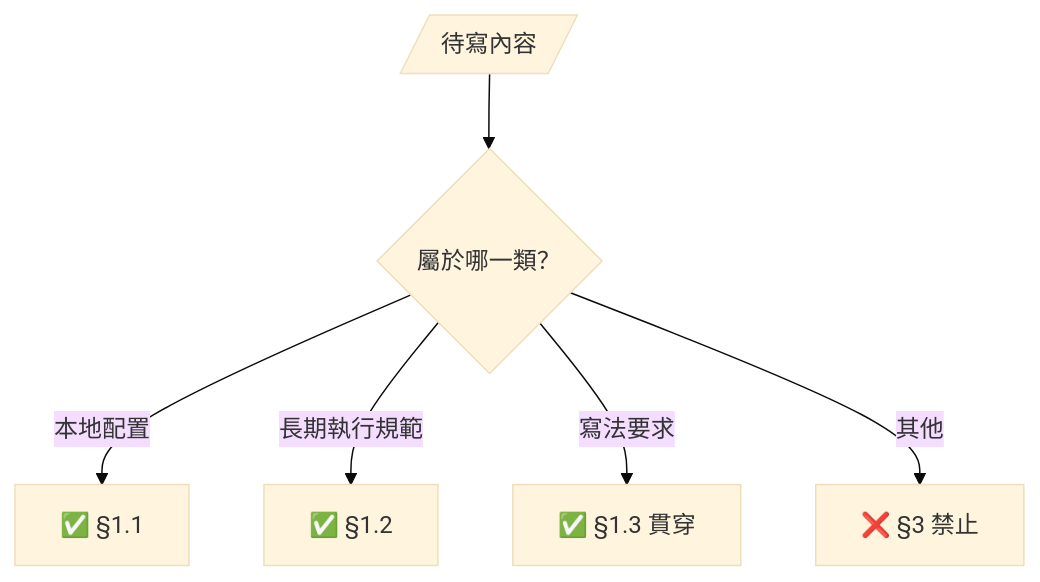
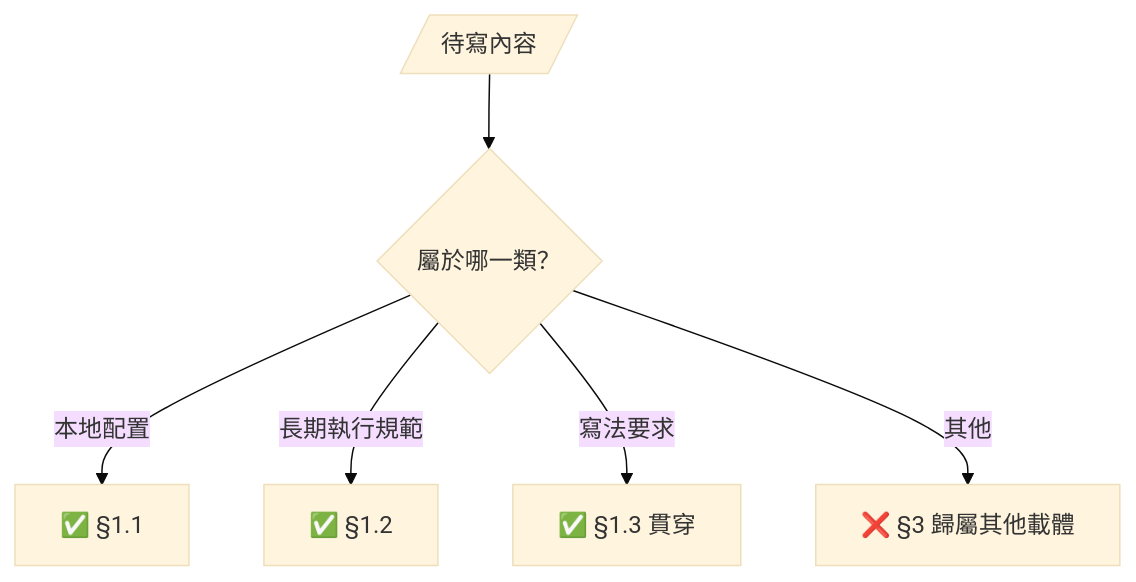
One commit to teps3105/shiftblame changed the diagram in skills/shiftblame/assets/SOP.md. Above: the diagram before and after it, drawn with Mermaid (base theme). The commit also changed other lines of this file and 26 other files, not shown here.

````diff
--- a/skills/shiftblame/assets/SOP.md
+++ b/skills/shiftblame/assets/SOP.md
@@ -19,8 +19,8 @@
 ```mermaid
 flowchart TD
     Content[/待寫內容/] --> Q{屬於哪一類？}
     Q -- "本地配置" --> C1["✅ §1.1"]
     Q -- "長期執行規範" --> C2["✅ §1.2"]
     Q -- "寫法要求" --> C3["✅ §1.3 貫穿"]
-    Q -- "其他" --> X["❌ §3 禁止"]
+    Q -- "其他" --> X["❌ §3 歸屬其他載體"]
 ```
````
